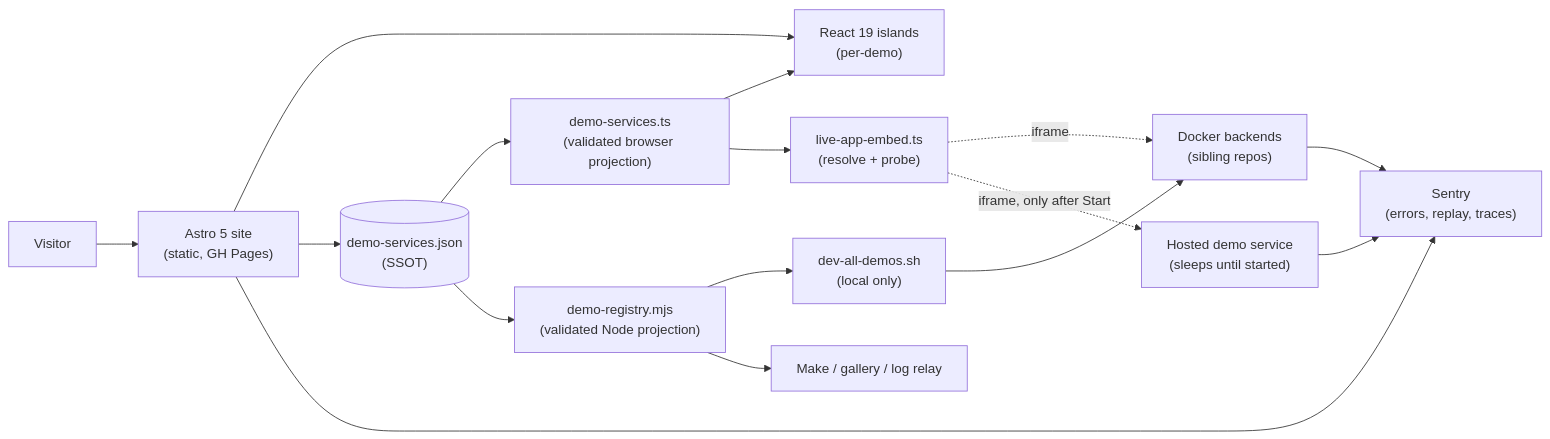
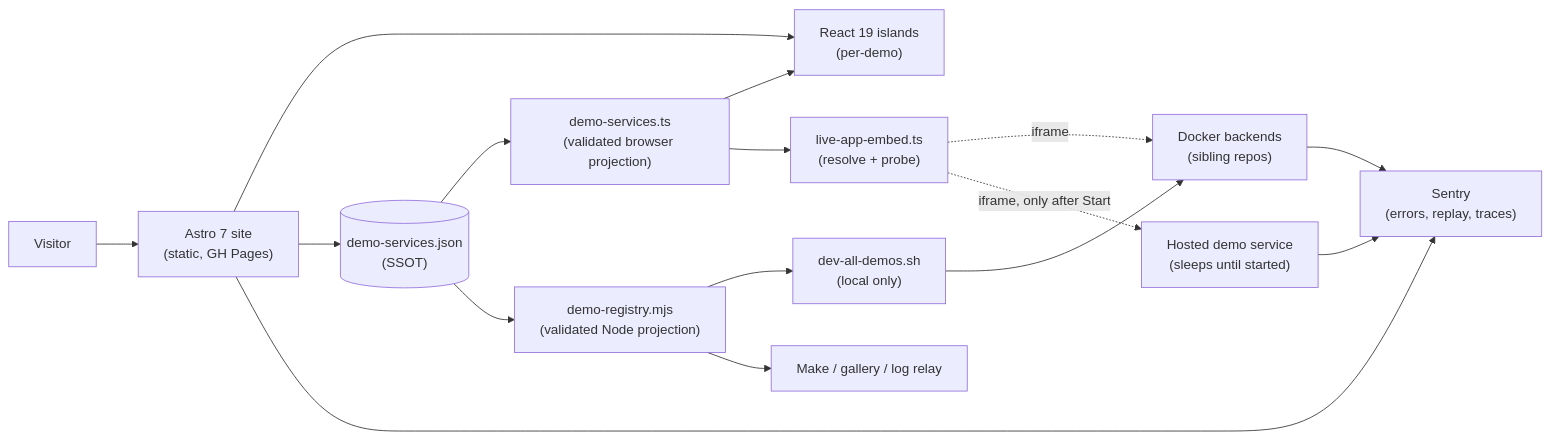
Before and after one commit to cuberhaus/PersonalPortfolio: the diagram in docs/architecture/overview.md, drawn with Mermaid. The commit also changed 8 other files, not shown here.

````diff
--- a/docs/architecture/overview.md
+++ b/docs/architecture/overview.md
@@ -9,18 +9,18 @@
 ```mermaid
 flowchart LR
-    visitor["Visitor"] --> astro["Astro 5 site<br/>(static, GH Pages)"]
+    visitor["Visitor"] --> astro["Astro 7 site<br/>(static, GH Pages)"]
     astro --> islands["React 19 islands<br/>(per-demo)"]
     astro --> registry[("demo-services.json<br/>(SSOT)")]
     registry --> browserProjection["demo-services.ts<br/>(validated browser projection)"]
     registry --> nodeProjection["demo-registry.mjs<br/>(validated Node projection)"]
     browserProjection --> islands
     browserProjection --> live["live-app-embed.ts<br/>(resolve + probe)"]
     nodeProjection --> orchestrator["dev-all-demos.sh<br/>(local only)"]
     nodeProjection --> scripts["Make / gallery / log relay"]
     orchestrator --> docker["Docker backends<br/>(sibling repos)"]
     live -. "iframe" .-> docker
     live -. "iframe, only after Start" .-> hosted["Hosted demo service<br/>(sleeps until started)"]
     astro --> sentry["Sentry<br/>(errors, replay, traces)"]
     docker --> sentry
     hosted --> sentry
 ```
````
